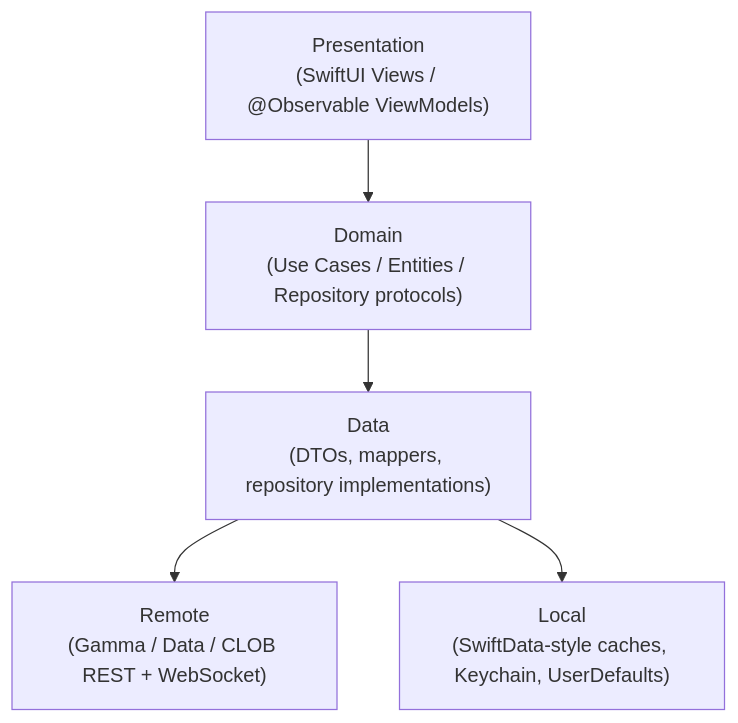
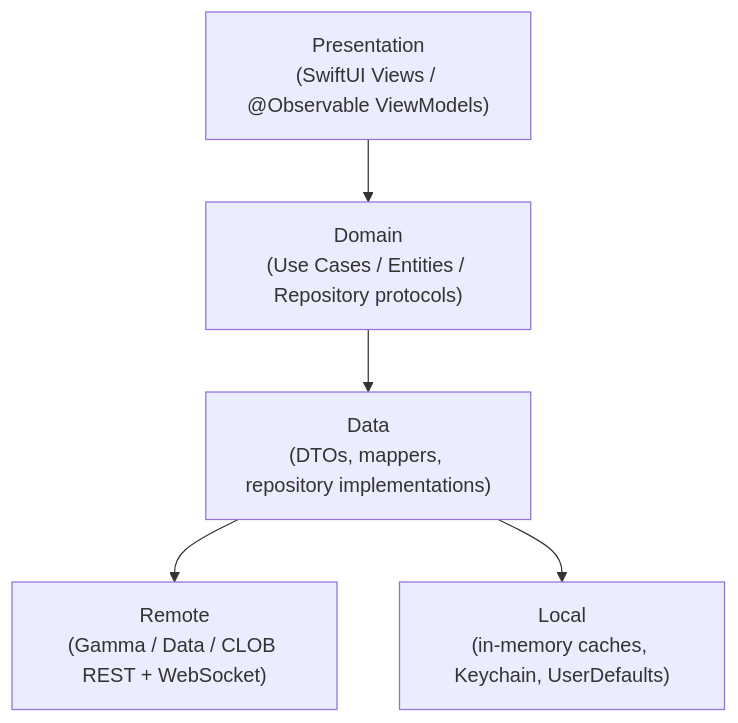
The diagram in README.md (sokpichdev/NextOutcome), drawn with Mermaid before and after one commit. The commit also changed other lines of this file and 18 other files, not shown here.

````diff
--- a/README.md
+++ b/README.md
@@ -133,7 +223,7 @@
 ```mermaid
 graph TD
     UI["Presentation<br/>(SwiftUI Views / @Observable ViewModels)"] --> Domain["Domain<br/>(Use Cases / Entities / Repository protocols)"]
     Domain --> Data["Data<br/>(DTOs, mappers, repository implementations)"]
     Data --> Remote["Remote<br/>(Gamma / Data / CLOB REST + WebSocket)"]
-    Data --> Local["Local<br/>(SwiftData-style caches, Keychain, UserDefaults)"]
+    Data --> Local["Local<br/>(in-memory caches, Keychain, UserDefaults)"]
 ```
````
